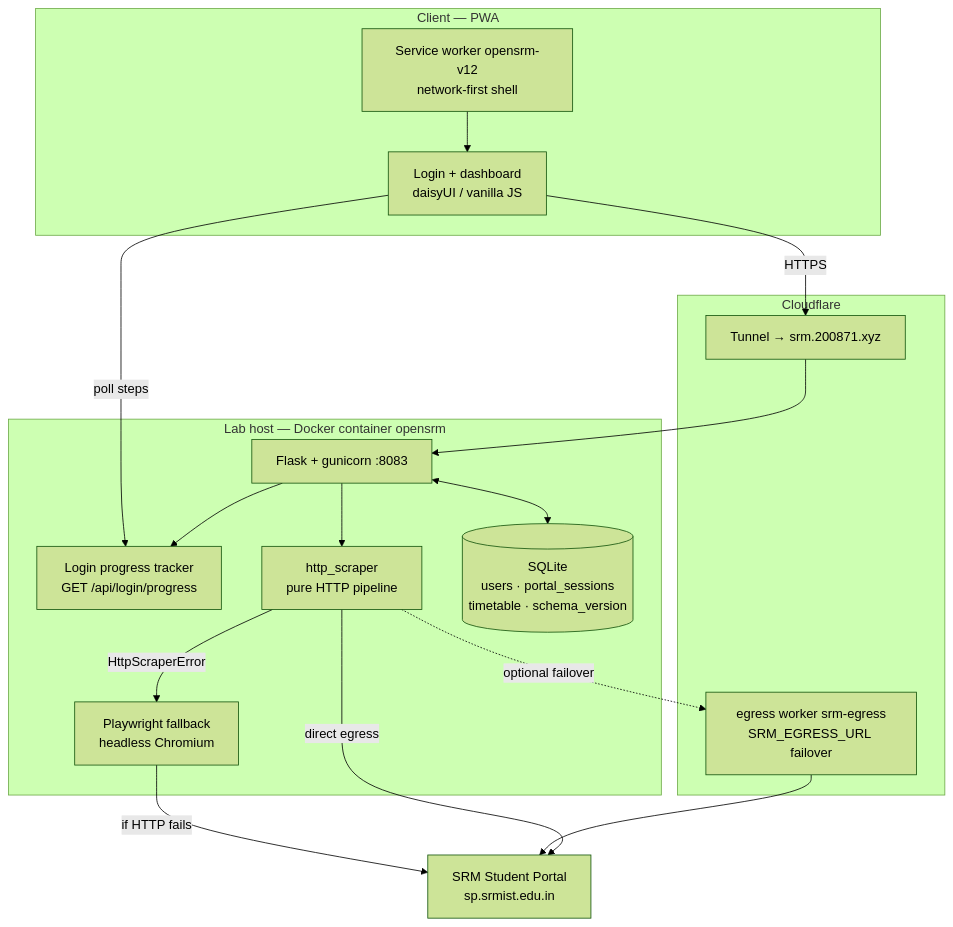
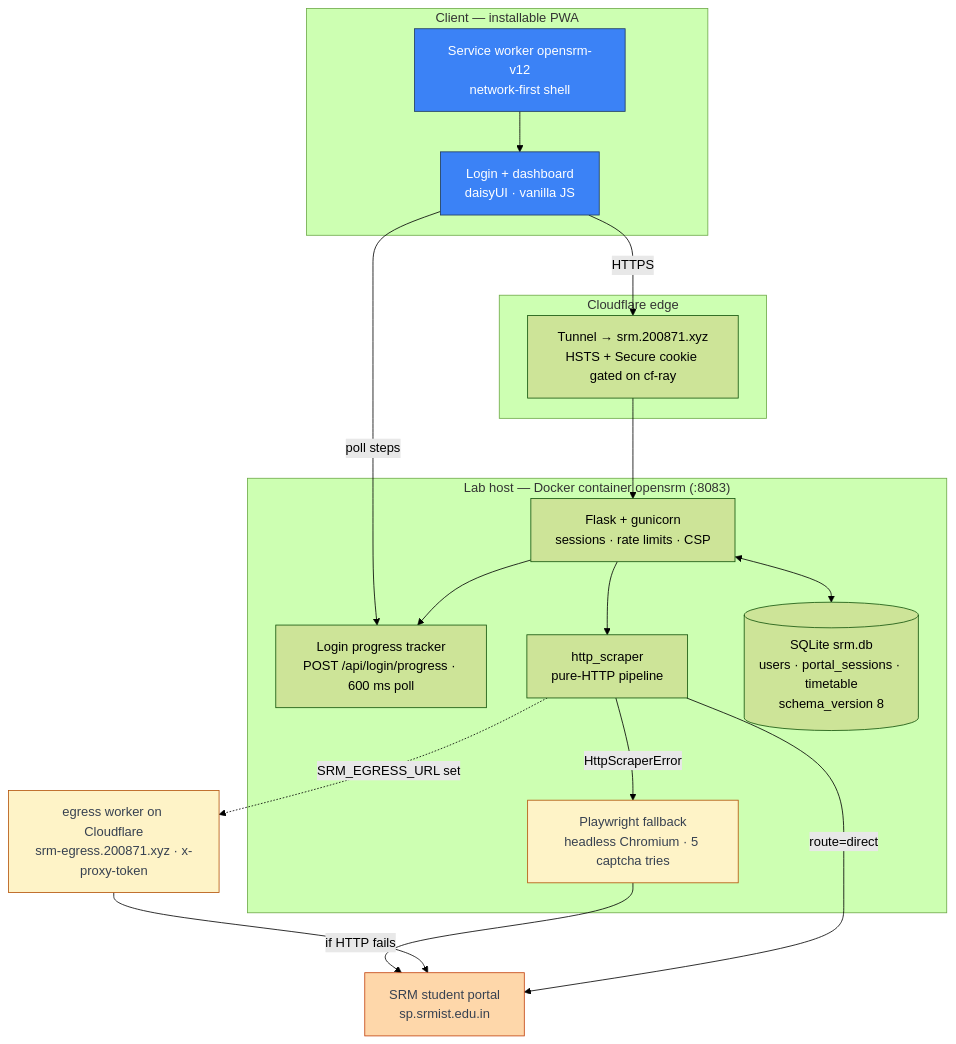
One commit to thenabbu/OpenSRM changed the first of 3 diagrams in README.md. Above: the diagram before and after it, drawn with Mermaid (forest theme). The commit also changed other lines of this file, not shown here.

First line of the commit message:
docs: rewrite README for v1.4.0 — fresh mermaid trio, ScribeInner correction

````diff
--- a/README.md
+++ b/README.md
@@ -65,35 +64,42 @@
 ```mermaid
 flowchart TD
-    subgraph client["Client — PWA"]
-        UI["Login + dashboard<br/>daisyUI / vanilla JS"]
+    subgraph client["Client — installable PWA"]
+        UI["Login + dashboard<br/>daisyUI · vanilla JS"]
         SW["Service worker opensrm-v12<br/>network-first shell"]
     end
 
-    subgraph lab["Lab host — Docker container opensrm"]
-        FL["Flask + gunicorn :8083"]
-        PROG["Login progress tracker<br/>GET /api/login/progress"]
-        HS["http_scraper<br/>pure HTTP pipeline"]
-        PW["Playwright fallback<br/>headless Chromium"]
-        DB[("SQLite<br/>users · portal_sessions<br/>timetable · schema_version")]
+    subgraph edge["Cloudflare edge"]
+        TUN["Tunnel → srm.200871.xyz<br/>HSTS + Secure cookie gated on cf-ray"]
+    end
+
+    subgraph lab["Lab host — Docker container opensrm (:8083)"]
+        FL["Flask + gunicorn<br/>sessions · rate limits · CSP"]
+        PROG["Login progress tracker<br/>POST /api/login/progress · 600 ms poll"]
+        HS["http_scraper<br/>pure-HTTP pipeline"]
+        PW["Playwright fallback<br/>headless Chromium · 5 captcha tries"]
+        DB[("SQLite srm.db<br/>users · portal_sessions · timetable<br/>schema_version 8")]
         FL --> PROG
+        FL <--> DB
         FL --> HS
         HS -->|"HttpScraperError"| PW
-        FL <--> DB
     end
 
-    subgraph cf["Cloudflare"]
-        TUN["Tunnel → srm.200871.xyz"]
-        EG["egress worker srm-egress<br/>SRM_EGRESS_URL failover"]
-    end
+    EG["egress worker on Cloudflare<br/>srm-egress.200871.xyz · x-proxy-token"]
+    P["SRM student portal<br/>sp.srmist.edu.in"]
 
-    P["SRM Student Portal<br/>sp.srmist.edu.in"]
-
-    UI -->|HTTPS| TUN
+    UI -->|"HTTPS"| TUN
     TUN --> FL
     SW --> UI
-    UI -->|poll steps| PROG
-    HS -->|"direct egress"| P
-    HS -.->|"optional failover"| EG
+    UI -->|"poll steps"| PROG
+    HS -->|"route=direct"| P
+    HS -.->|"SRM_EGRESS_URL set"| EG
     EG --> P
     PW -->|"if HTTP fails"| P
+
+    classDef client fill:#3b82f6,stroke:#1e3a5f,color:#ffffff
+    classDef conditional fill:#fef3c7,stroke:#b45309,color:#374151
+    classDef external fill:#fed7aa,stroke:#c2410c,color:#374151
+    class UI,SW client
+    class PW,EG conditional
+    class P external
 ```
````
